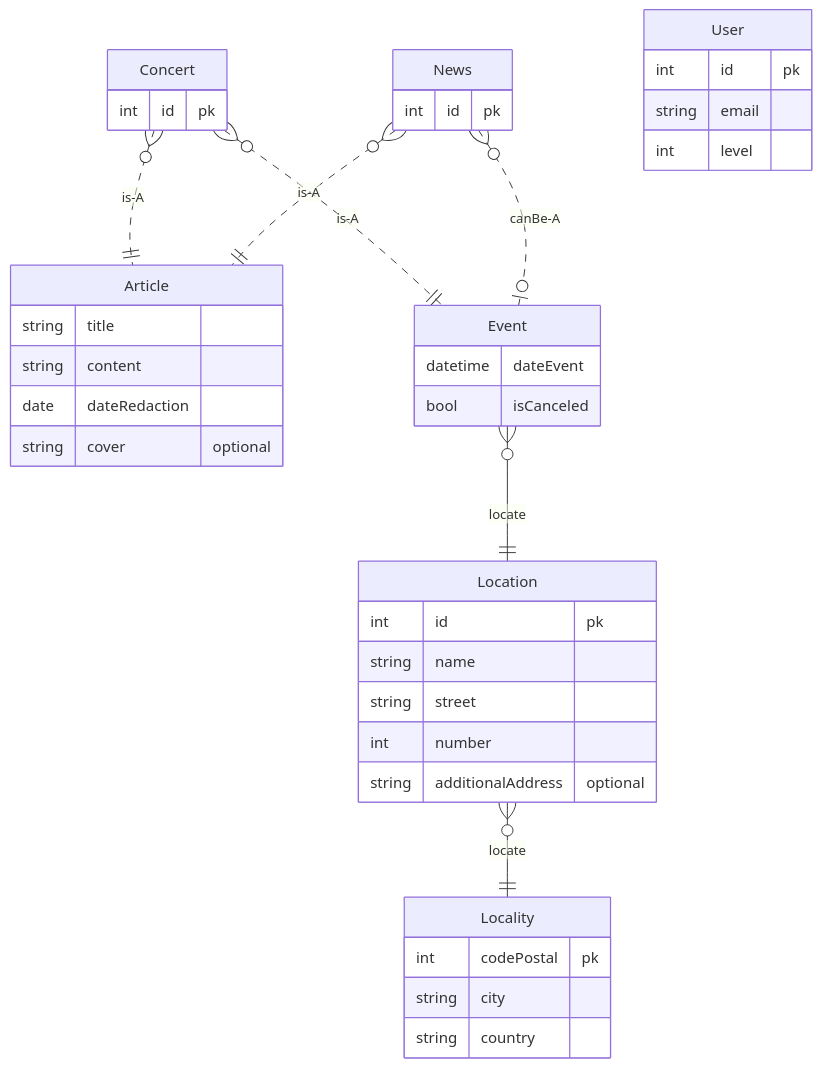
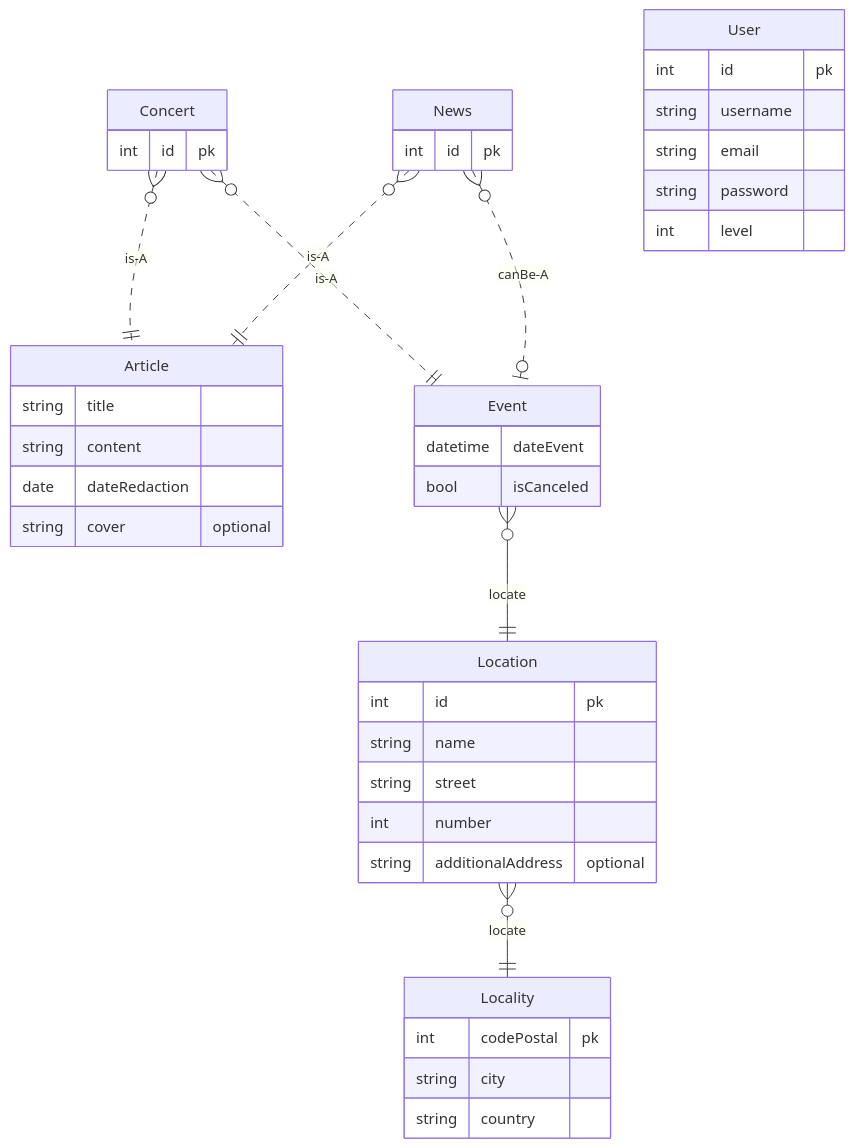
One commit to JBLNgithub/stockemoise-backend changed the second of 2 diagrams in diagrams.md. Above: the diagram before and after it, drawn with Mermaid. The commit also changed 10 other files, not shown here.

````diff
--- a/diagrams.md
+++ b/diagrams.md
@@ -65,51 +65,53 @@
 ```mermaid
 erDiagram
 
         Concert {
             int id "pk"
         }
 
         News {
             int id "pk"
         }
 
         Article {
             string title
             string content
             date dateRedaction
             string cover "optional"
         }
         
         Event {
             datetime dateEvent
             bool isCanceled
         }
 
         Location {
             int id "pk"
             string name
             string street
             int number
             string additionalAddress "optional"
         }
 
         Locality {
             int codePostal "pk"
             string city
             string country
         }
 
         Concert }o..|| Article : is-A
         News }o..|| Article : is-A
         Concert }o..|| Event : is-A
         News }o..o| Event : canBe-A
         Event }o--|| Location : locate
         Location }o--|| Locality : locate
 
         User {
             int id "pk"
+            string username
             string email
+            string password
             int level
         }
 
 ```
````
